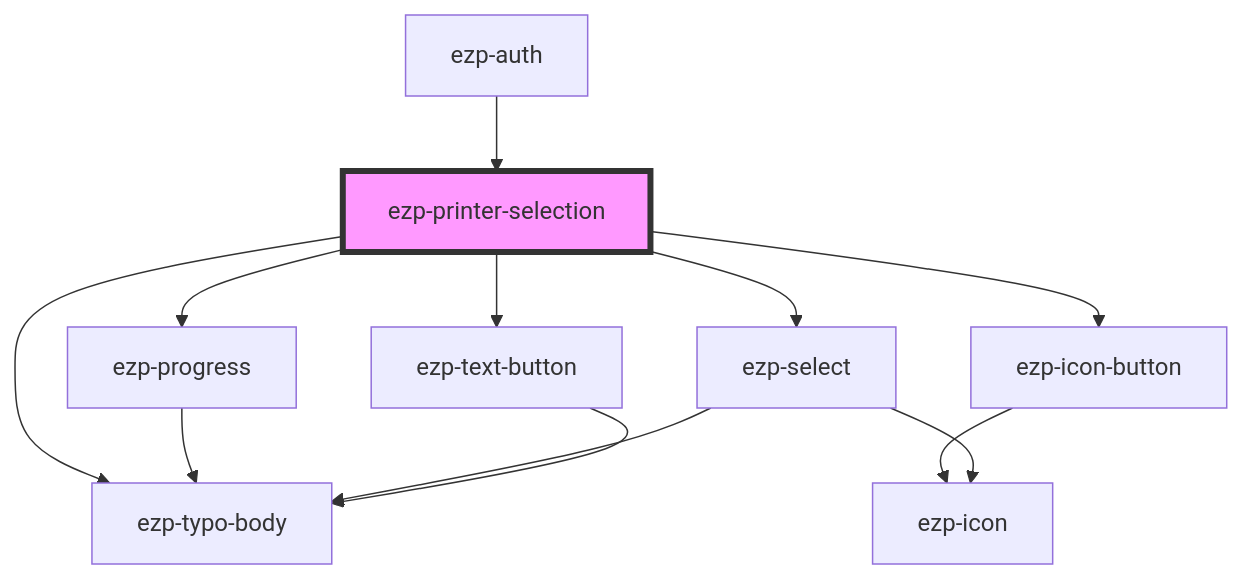
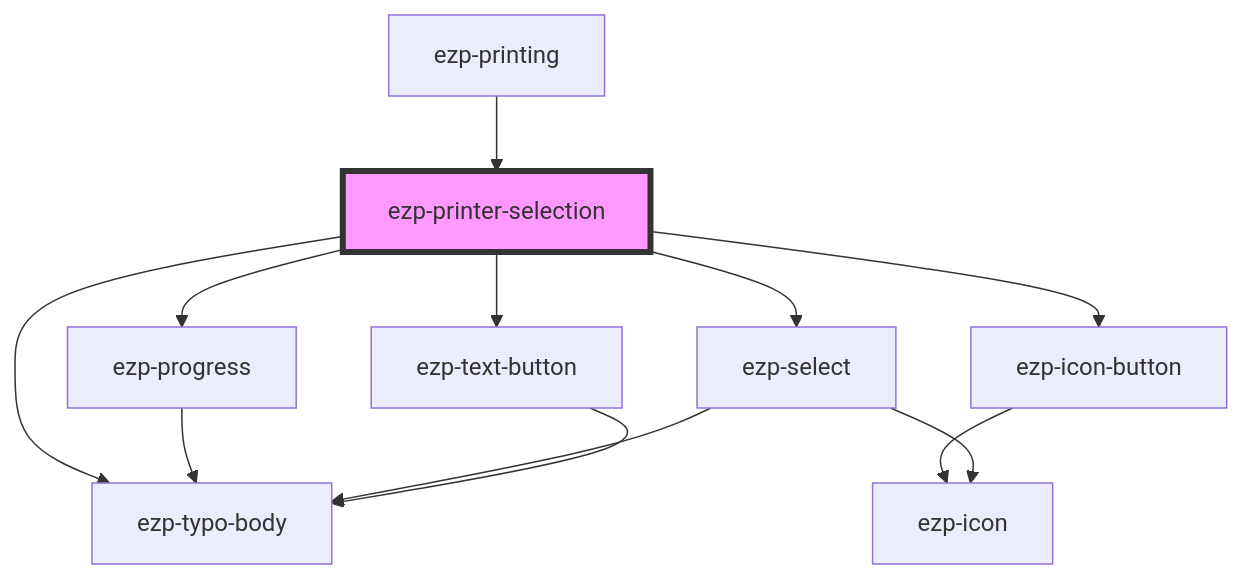
The diagram in src/components/ezp-printer-selection/readme.md (ezeep/ezeep-js), drawn with Mermaid before and after one commit. The commit also changed other lines of this file and 14 other files, not shown here.

````diff
--- a/src/components/ezp-printer-selection/readme.md
+++ b/src/components/ezp-printer-selection/readme.md
@@ -45,15 +43,15 @@
 ```mermaid
 graph TD;
   ezp-printer-selection --> ezp-progress
   ezp-printer-selection --> ezp-typo-body
   ezp-printer-selection --> ezp-icon-button
   ezp-printer-selection --> ezp-select
   ezp-printer-selection --> ezp-text-button
   ezp-progress --> ezp-typo-body
   ezp-icon-button --> ezp-icon
   ezp-select --> ezp-icon
   ezp-select --> ezp-typo-body
   ezp-text-button --> ezp-typo-body
-  ezp-auth --> ezp-printer-selection
+  ezp-printing --> ezp-printer-selection
   style ezp-printer-selection fill:#f9f,stroke:#333,stroke-width:4px
 ```
````
